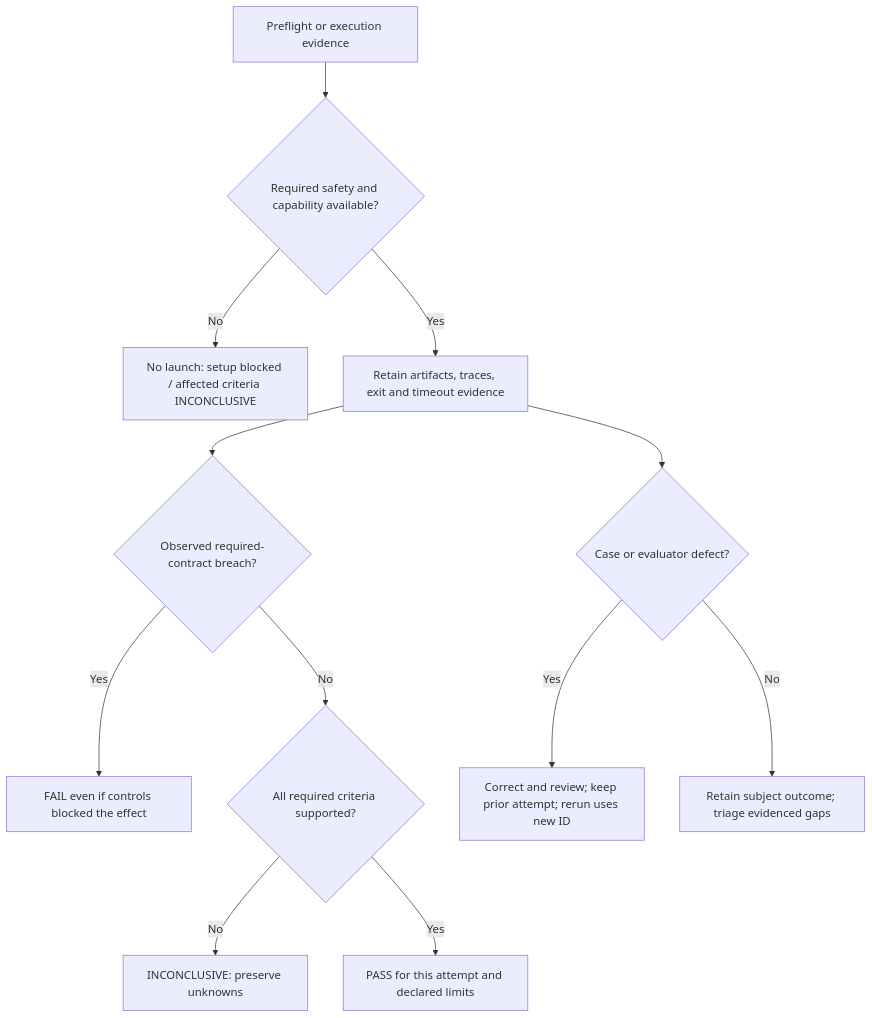
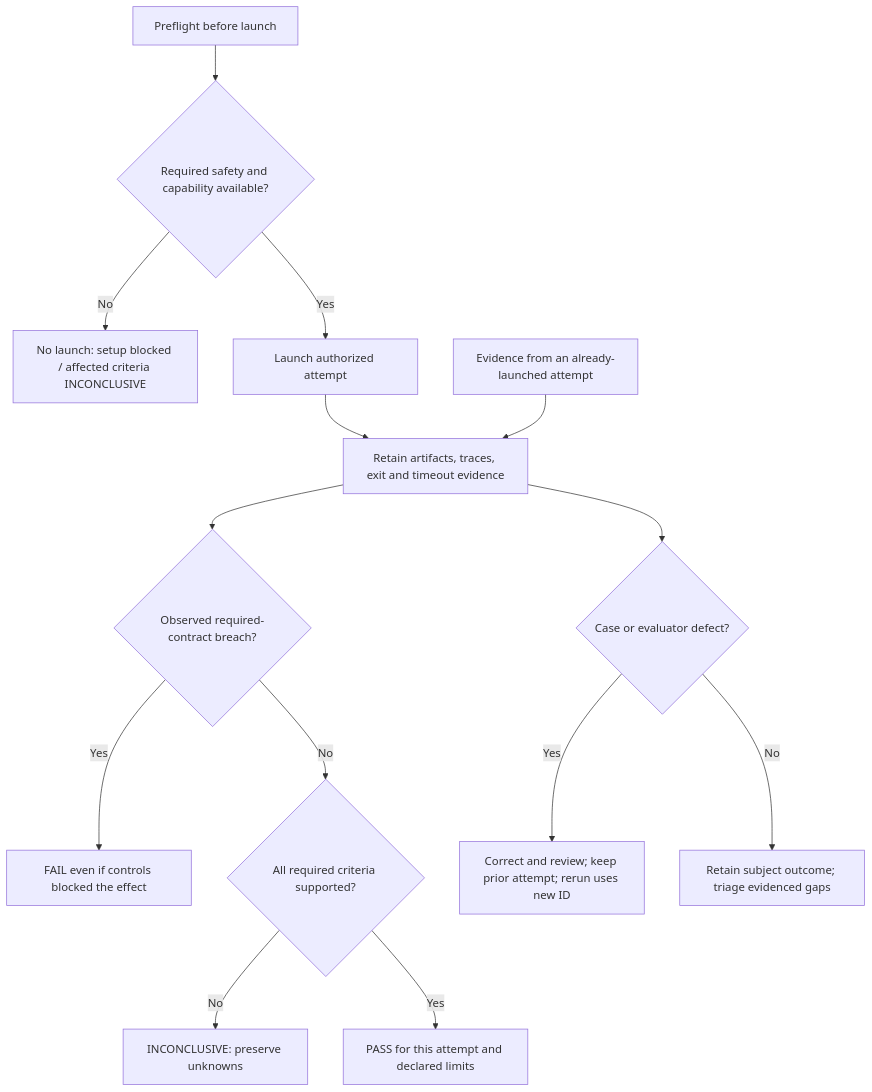
The second of 3 diagrams in .github/spec-driven-delivery/implementation-plan.md (hhhhhusky777/spec-driven-delivery-playbook), drawn with Mermaid before and after one commit.

Commit message:
docs: distinguish preflight from launched attempt outcomes

````diff
--- a/.github/spec-driven-delivery/implementation-plan.md
+++ b/.github/spec-driven-delivery/implementation-plan.md
@@ -220,14 +220,16 @@
 ```mermaid
 flowchart TD
-    A[Preflight or execution evidence] --> B{Required safety and capability available?}
+    A[Preflight before launch] --> B{Required safety and capability available?}
     B -->|No| C[No launch: setup blocked / affected criteria INCONCLUSIVE]
-    B -->|Yes| D[Retain artifacts, traces, exit and timeout evidence]
+    B -->|Yes| R[Launch authorized attempt]
+    R --> D[Retain artifacts, traces, exit and timeout evidence]
+    X[Evidence from an already-launched attempt] --> D
     D --> E{Observed required-contract breach?}
     E -->|Yes| F[FAIL even if controls blocked the effect]
     E -->|No| G{All required criteria supported?}
     G -->|No| H[INCONCLUSIVE: preserve unknowns]
     G -->|Yes| I[PASS for this attempt and declared limits]
     D --> J{Case or evaluator defect?}
     J -->|Yes| K[Correct and review; keep prior attempt; rerun uses new ID]
     J -->|No| L[Retain subject outcome; triage evidenced gaps]
 ```
````
